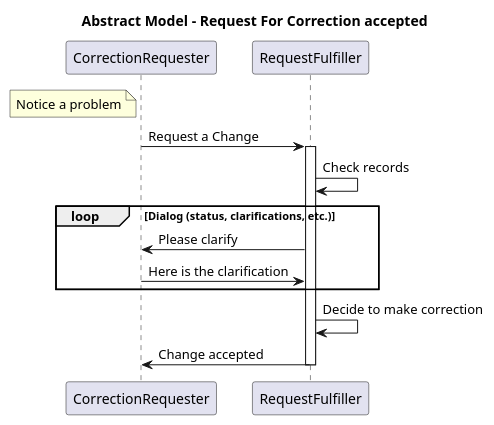
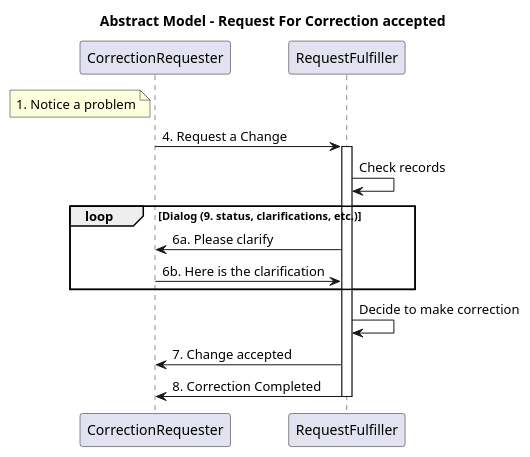
Before and after one commit to HL7/fhir-patient-correction: the diagram in input/images-source/use-case-1.plantuml, drawn with PlantUML. The commit also changed 7 other files, not shown here.

```diff
--- a/input/images-source/use-case-1.plantuml
+++ b/input/images-source/use-case-1.plantuml
@@ -1,20 +1,21 @@
 @startuml
 title Abstract Model - Request For Correction accepted
 
 note left of CorrectionRequester
-Notice a problem
+1. Notice a problem
 end note
-CorrectionRequester->RequestFulfiller : Request a Change
+CorrectionRequester->RequestFulfiller : 4. Request a Change
 Activate RequestFulfiller
 RequestFulfiller->RequestFulfiller : Check records
 
-loop Dialog (status, clarifications, etc.)
-   RequestFulfiller->CorrectionRequester : Please clarify
-   CorrectionRequester->RequestFulfiller : Here is the clarification
+loop Dialog (9. status, clarifications, etc.)
+   RequestFulfiller->CorrectionRequester : 6a. Please clarify
+   CorrectionRequester->RequestFulfiller : 6b. Here is the clarification
 end
 
 RequestFulfiller->RequestFulfiller : Decide to make correction
-RequestFulfiller->CorrectionRequester : Change accepted
+RequestFulfiller->CorrectionRequester : 7. Change accepted
+RequestFulfiller->CorrectionRequester : 8. Correction Completed
 Deactivate RequestFulfiller
 
 @enduml
```
